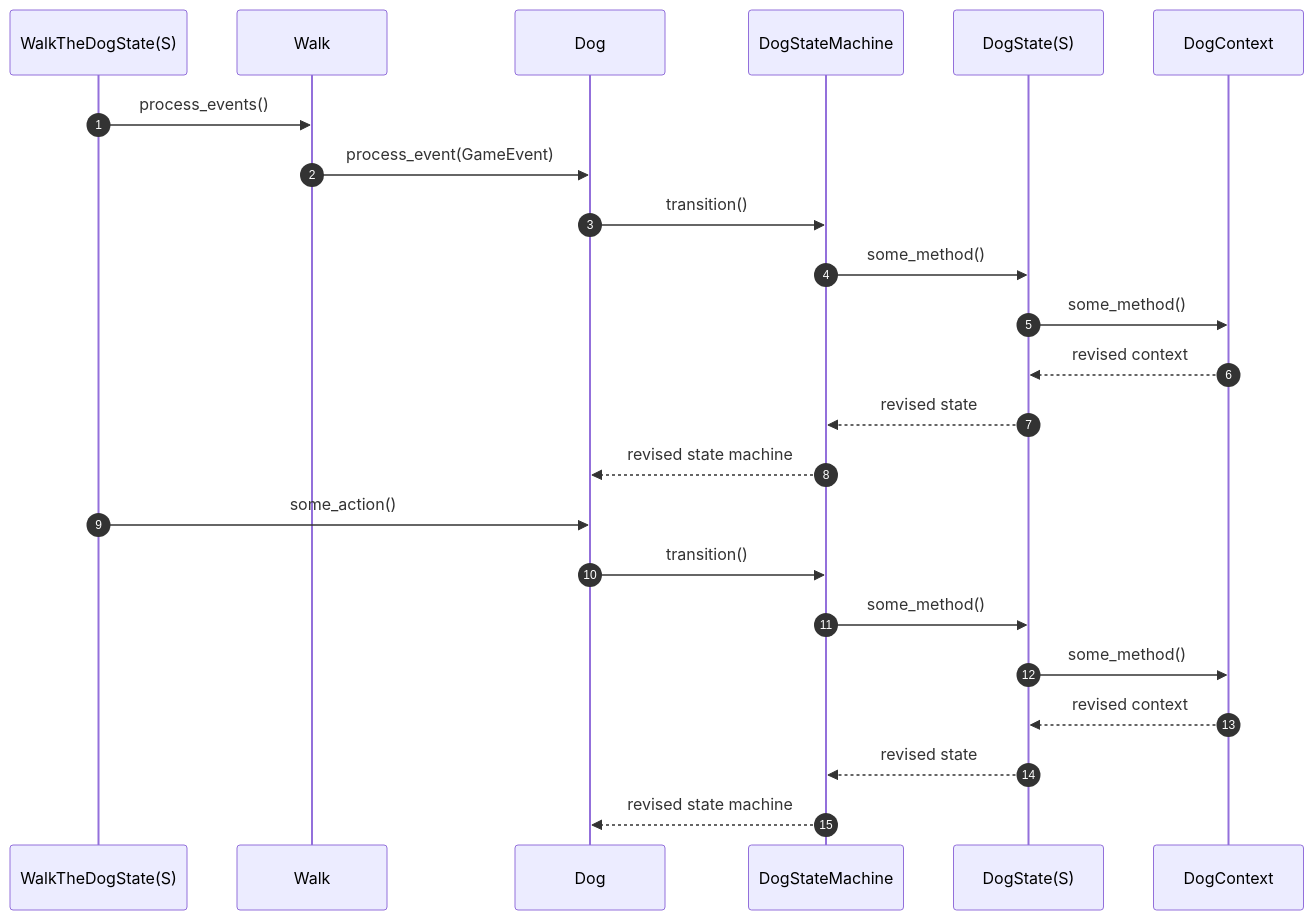
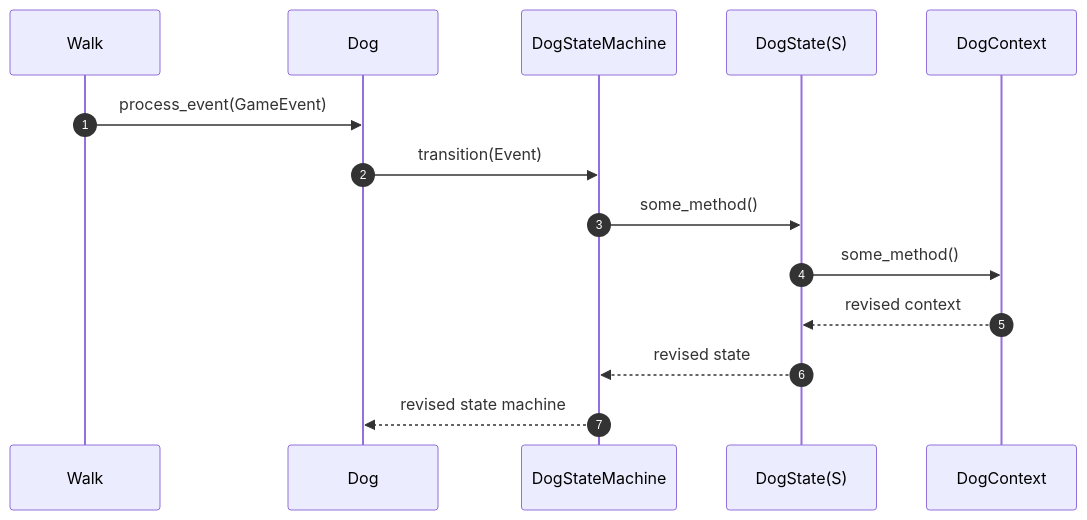
The second of 2 diagrams in src/game/dog/README.md (jorge-gonzalez-lexia/walk-the-dog), drawn with Mermaid before and after one commit. The commit also changed other lines of this file and 2 other files, not shown here.

````diff
--- a/src/game/dog/README.md
+++ b/src/game/dog/README.md
@@ -25,20 +67,11 @@
 ```mermaid
 sequenceDiagram
   autonumber
-  WalkTheDogState(S)->>Walk: process_events()
   Walk->>Dog: process_event(GameEvent)
-  Dog->>DogStateMachine: transition()
-  DogStateMachine->>DogState(S): some_method()
-  DogState(S)->>DogContext: some_method()
-  DogContext-->>DogState(S): revised context
-  DogState(S)-->>DogStateMachine: revised state
-  DogStateMachine-->>Dog: revised state machine
-
-  WalkTheDogState(S)->>Dog: some_action()
-  Dog->>DogStateMachine: transition()
+  Dog->>DogStateMachine: transition(Event)
   DogStateMachine->>DogState(S): some_method()
   DogState(S)->>DogContext: some_method()
   DogContext-->>DogState(S): revised context
   DogState(S)-->>DogStateMachine: revised state
   DogStateMachine-->>Dog: revised state machine
 ```
````
